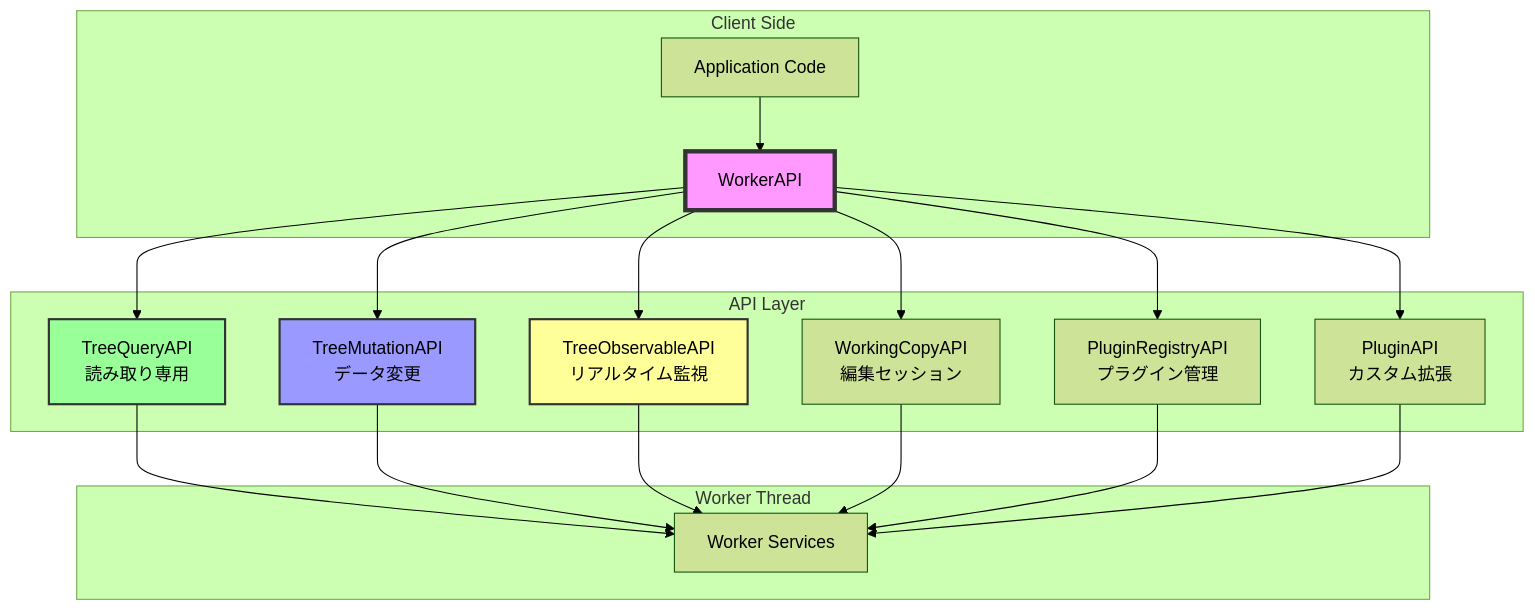
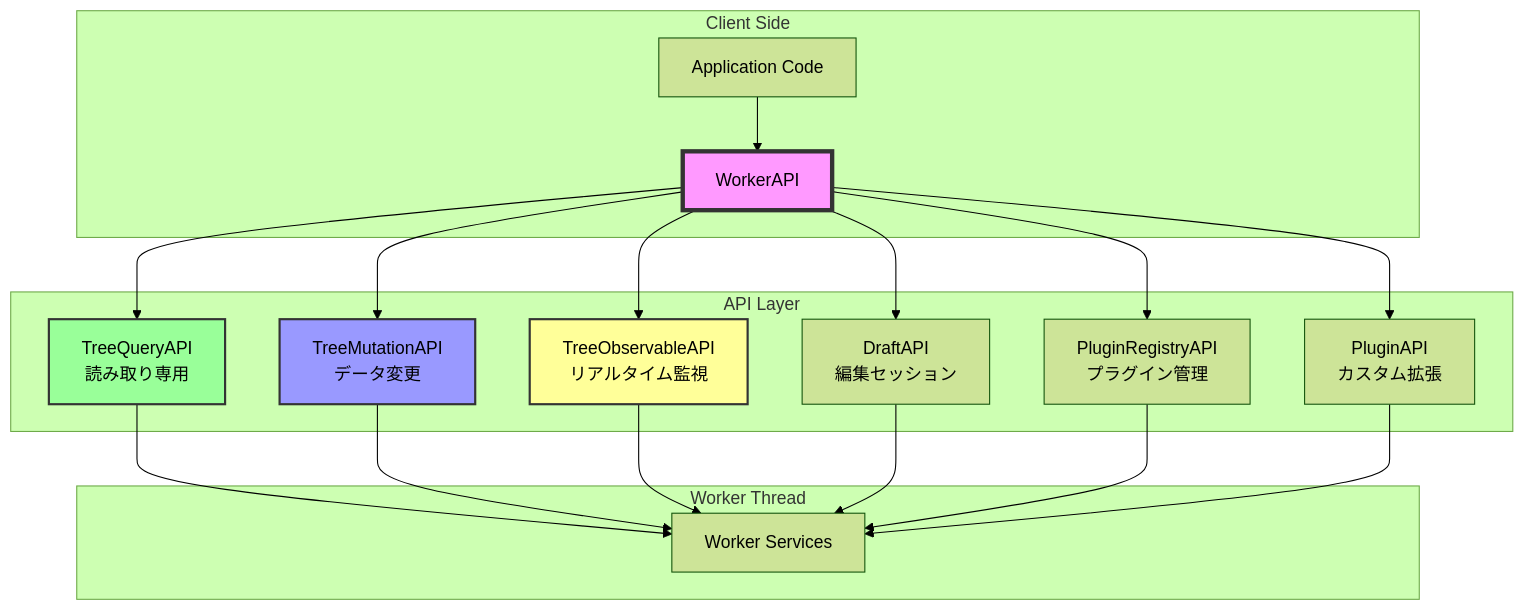
The diagram in docs/deprecated/MANUAL/03-api-reference.md (kubohiroya/hierarchidb), drawn with Mermaid (forest theme) before and after one commit. The commit also changed other lines of this file and 796 other files, not shown here.

````diff
--- a/docs/deprecated/MANUAL/03-api-reference.md
+++ b/docs/deprecated/MANUAL/03-api-reference.md
@@ -30,30 +30,30 @@
 ```mermaid
 graph TD
     subgraph "Client Side"
         App[Application Code]
         App --> WA[WorkerAPI]
     end
     
     subgraph "API Layer"
         WA --> QA[TreeQueryAPI<br/>読み取り専用]
         WA --> MA[TreeMutationAPI<br/>データ変更]
         WA --> OA[TreeObservableAPI<br/>リアルタイム監視]
-        WA --> WCA[WorkingCopyAPI<br/>編集セッション]
+        WA --> WCA[DraftAPI<br/>編集セッション]
         WA --> PRA[PluginRegistryAPI<br/>プラグイン管理]
         WA --> PA[PluginAPI<br/>カスタム拡張]
     end
     
     subgraph "Worker Thread"
         QA --> WS[Worker Services]
         MA --> WS
         OA --> WS
         WCA --> WS
         PRA --> WS
         PA --> WS
     end
     
     style WA fill:#f9f,stroke:#333,stroke-width:4px
     style QA fill:#9f9,stroke:#333,stroke-width:2px
     style MA fill:#99f,stroke:#333,stroke-width:2px
     style OA fill:#ff9,stroke:#333,stroke-width:2px
 ```
````
